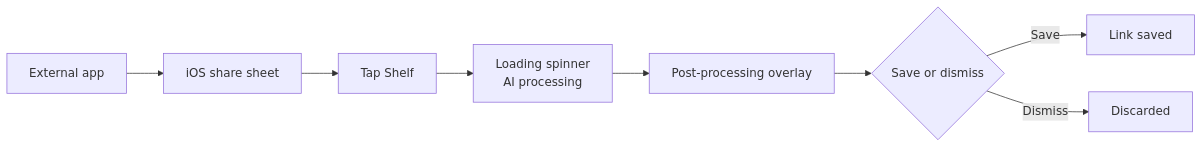
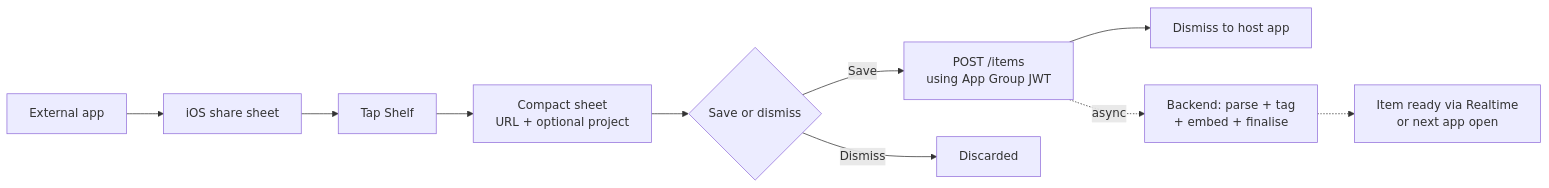
Before and after one commit to ansharora1810/shelf: the second of 4 diagrams in .claude/prd/PRD.md, drawn with Mermaid. The commit also changed other lines of this file, not shown here.

````diff
--- a/.claude/prd/PRD.md
+++ b/.claude/prd/PRD.md
@@ -293,10 +332,12 @@
 ```mermaid
 flowchart LR
   A[External app] --> B[iOS share sheet]
   B --> C[Tap Shelf]
-  C --> D[Loading spinner\nAI processing]
-  D --> E[Post-processing overlay]
-  E --> F{Save or dismiss}
-  F -->|Save| G[Link saved]
-  F -->|Dismiss| H[Discarded]
+  C --> D[Compact sheet\nURL + optional project]
+  D --> E{Save or dismiss}
+  E -->|Save| F[POST /items\nusing App Group JWT]
+  E -->|Dismiss| G[Discarded]
+  F --> H[Dismiss to host app]
+  F -.async.-> I[Backend: parse + tag\n+ embed + finalise]
+  I -.-> J[Item ready via Realtime\nor next app open]
 ```
````
